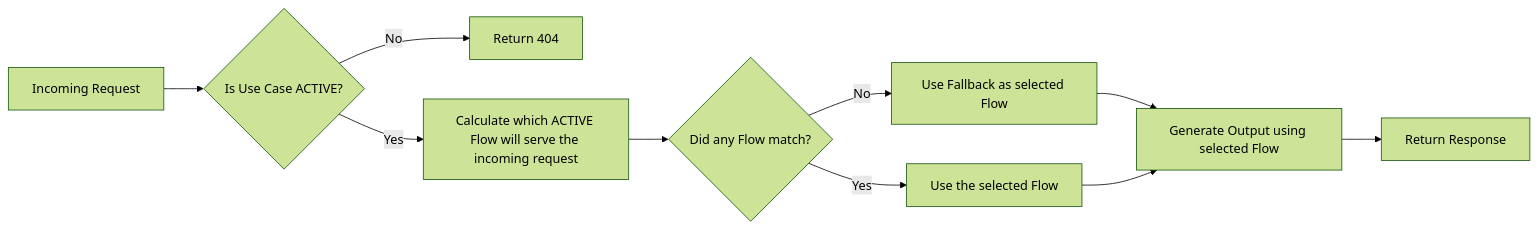
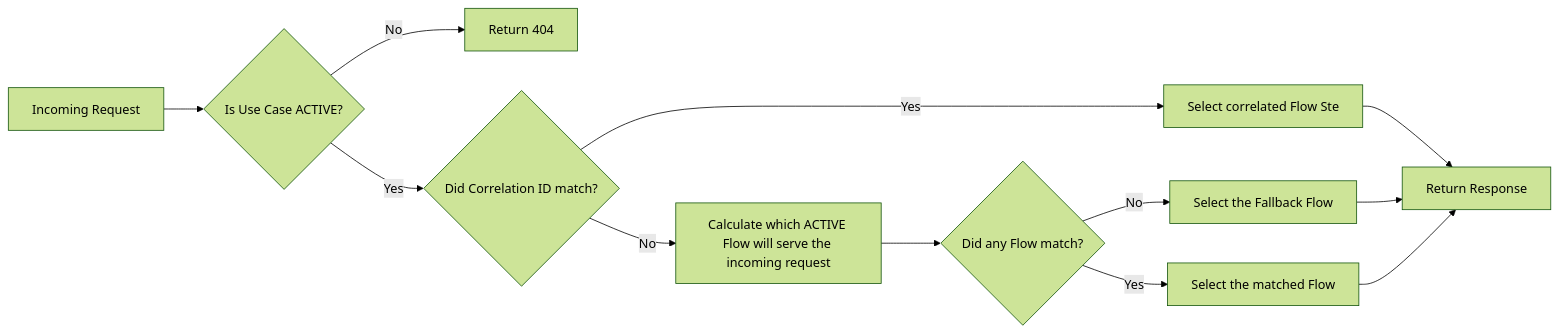
One commit to ai-model-match/backend changed the diagram in README.md. Above: the diagram before and after it, drawn with Mermaid (forest theme). The commit also changed other lines of this file and 22 other files, not shown here.

Commit message:
feat: implement picker API to serve incoming requests via Flow. Core component fix: api key validation now consider read-write key fix: flow fallback consistency chore: update RO and RW Api Keys with readable values for development

````diff
--- a/README.md
+++ b/README.md
@@ -20,12 +20,14 @@
 ```mermaid
 flowchart LR
     A[Incoming Request] --> B{Is Use Case ACTIVE?}
     B -- No --> C[Return 404]
-    B -- Yes --> D[Calculate which ACTIVE Flow will serve the incoming request]
-    D --> E{Did any Flow match?}
-    E -- No --> F[Use Fallback as selected Flow]
-    E -- Yes --> G[Use the selected Flow]
-    F --> H[Generate Output using selected Flow]
-    G --> H[Generate Output using selected Flow]
-    H --> I[Return Response]
+    B -- Yes --> D{Did Correlation ID match?}
+    D -- No --> F[Calculate which ACTIVE Flow will serve the incoming request]
+    D -- Yes --> E[Select correlated Flow Ste]
+    F --> G{Did any Flow match?}
+    G -- No --> H[Select the Fallback Flow]
+    G -- Yes --> I[Select the matched Flow]
+    E --> R[Return Response]
+    H --> R[Return Response]
+    I --> R[Return Response]
 ```
````
